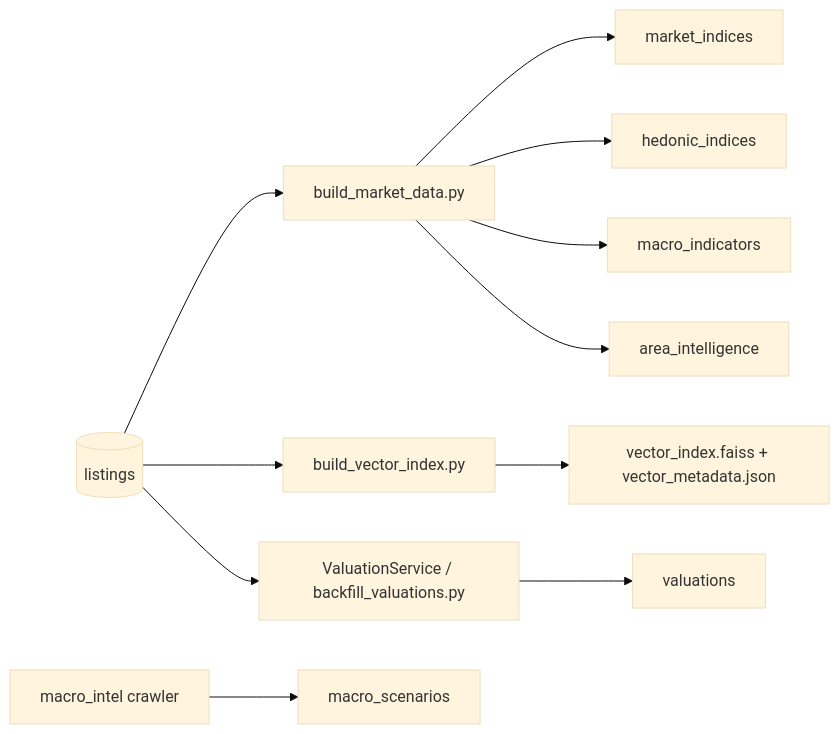
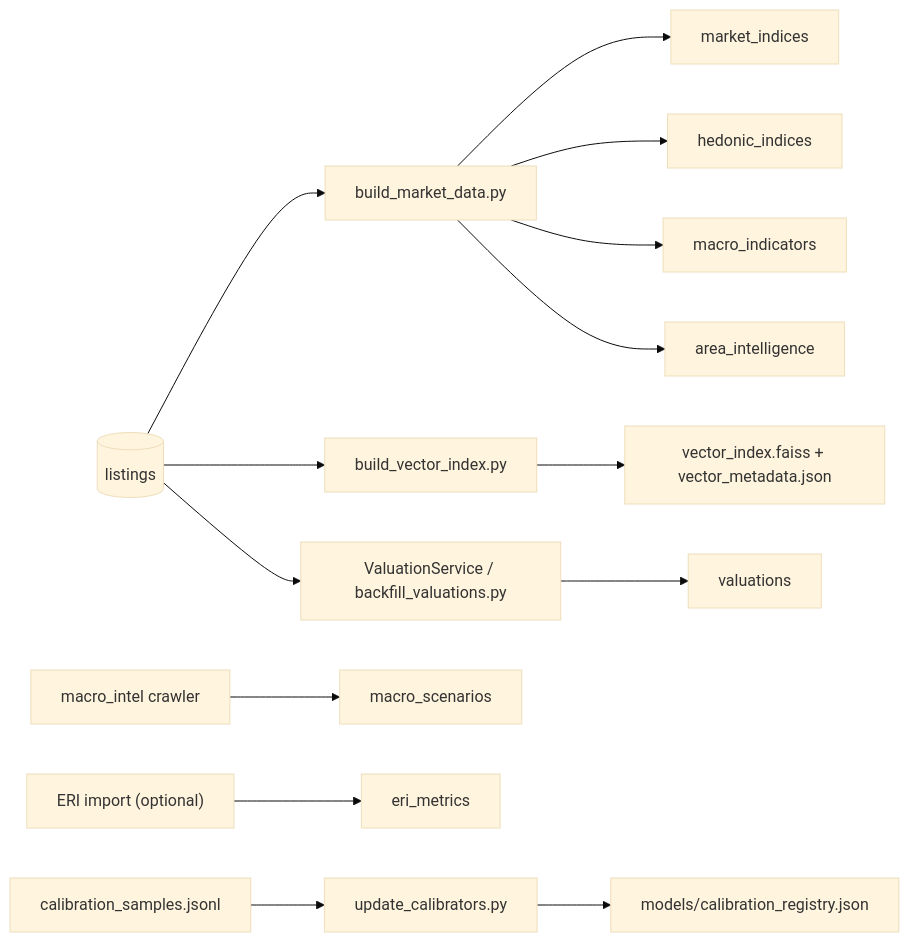
Before and after one commit to Nirtzur0/PropertyScanner: the second of 3 diagrams in docs/02_data_pipeline.md, drawn with Mermaid (base theme). The commit also changed other lines of this file and 12 other files, not shown here.

````diff
--- a/docs/02_data_pipeline.md
+++ b/docs/02_data_pipeline.md
@@ -23,15 +23,19 @@
 ```mermaid
 flowchart LR
     Listings[("listings")] --> BuildMarket["build_market_data.py"]
     BuildMarket --> MI["market_indices"]
     BuildMarket --> HI["hedonic_indices"]
     BuildMarket --> Macro["macro_indicators"]
     BuildMarket --> Area["area_intelligence"]
 
     Listings --> BuildIndex["build_vector_index.py"]
     BuildIndex --> VI["vector_index.faiss + vector_metadata.json"]
 
     MacroCrawler["macro_intel crawler"] --> MS["macro_scenarios"]
     Listings --> ValFlow["ValuationService / backfill_valuations.py"]
     ValFlow --> Val["valuations"]
+
+    ERIImport["ERI import (optional)"] --> ERI["eri_metrics"]
+    CalibSamples["calibration_samples.jsonl"] --> CalibUpdate["update_calibrators.py"]
+    CalibUpdate --> Calib["models/calibration_registry.json"]
 ```
````
